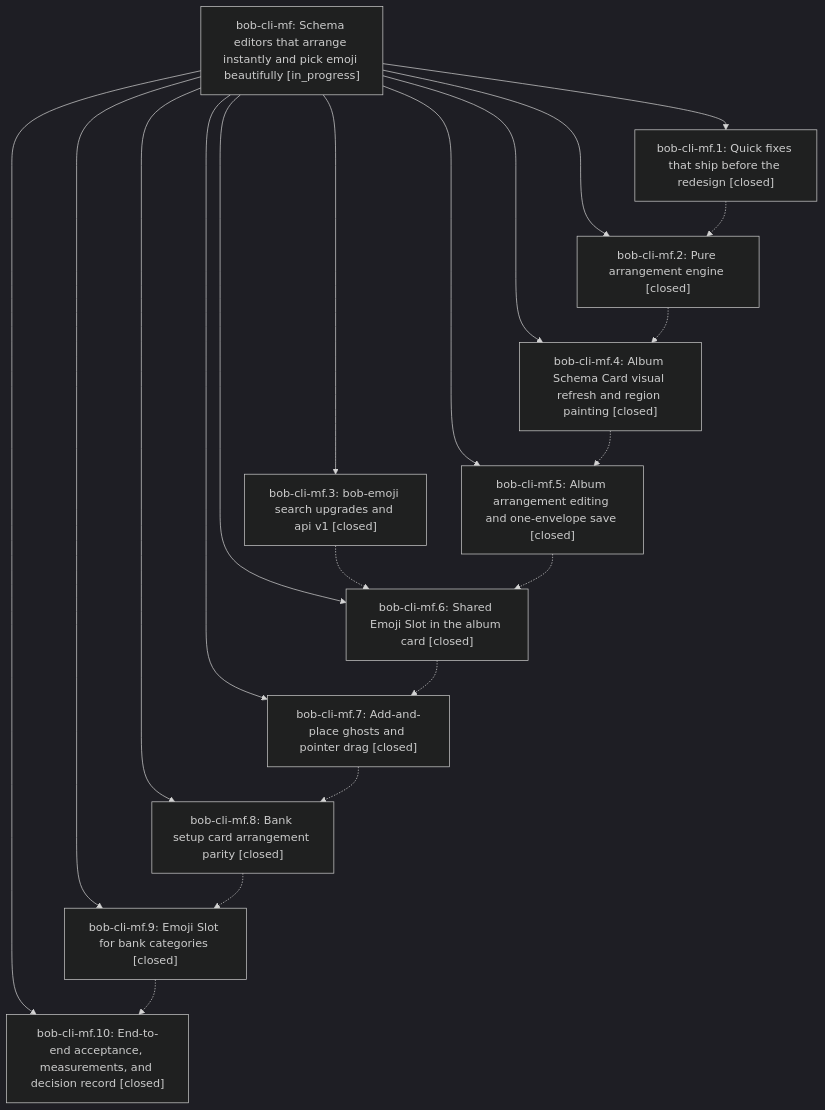
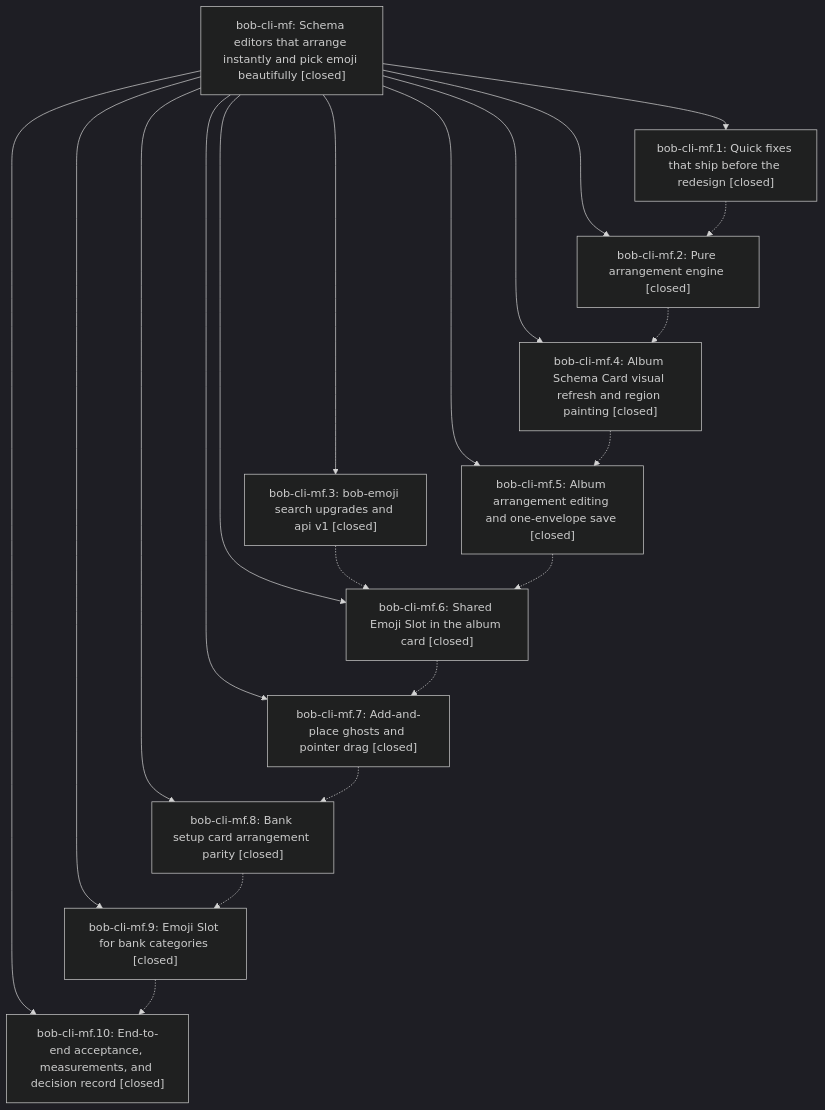
One commit to bobs-org/bob-cli--beads changed the diagram in pages/bob-cli-mf/README.md. Above: the diagram before and after it, drawn with Mermaid (dark theme). The commit also changed other lines of this file and 1 other file, not shown here.

First line of the commit message:
chore(beads): sync bead state and pages for bob-cli-mf

````diff
--- a/pages/bob-cli-mf/README.md
+++ b/pages/bob-cli-mf/README.md
@@ -49,33 +79,33 @@
 ```mermaid
 flowchart TD
-    n0["bob-cli-mf: Schema editors that arrange instantly and pick emoji beautifully [in_progress]"]
+    n0["bob-cli-mf: Schema editors that arrange instantly and pick emoji beautifully [closed]"]
     n1["bob-cli-mf.1: Quick fixes that ship before the redesign [closed]"]
     n2["bob-cli-mf.10: End-to-end acceptance, measurements, and decision record [closed]"]
     n3["bob-cli-mf.2: Pure arrangement engine [closed]"]
     n4["bob-cli-mf.3: bob-emoji search upgrades and api v1 [closed]"]
     n5["bob-cli-mf.4: Album Schema Card visual refresh and region painting [closed]"]
     n6["bob-cli-mf.5: Album arrangement editing and one-envelope save [closed]"]
     n7["bob-cli-mf.6: Shared Emoji Slot in the album card [closed]"]
     n8["bob-cli-mf.7: Add-and-place ghosts and pointer drag [closed]"]
     n9["bob-cli-mf.8: Bank setup card arrangement parity [closed]"]
     n10["bob-cli-mf.9: Emoji Slot for bank categories [closed]"]
     n0 --> n1
     n0 --> n2
     n0 --> n3
     n0 --> n4
     n0 --> n5
     n0 --> n6
     n0 --> n7
     n0 --> n8
     n0 --> n9
     n0 --> n10
     n1 -.-> n3
     n3 -.-> n5
     n4 -.-> n7
     n5 -.-> n6
     n6 -.-> n7
     n7 -.-> n8
     n8 -.-> n9
     n9 -.-> n10
     n10 -.-> n2
 ```
````
